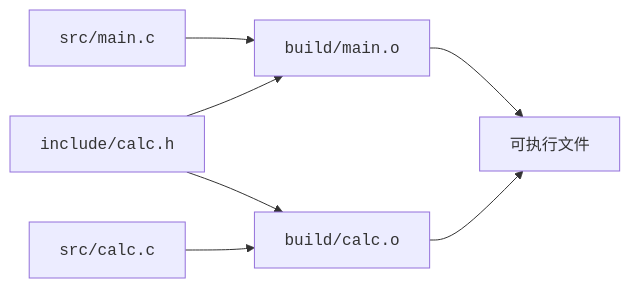
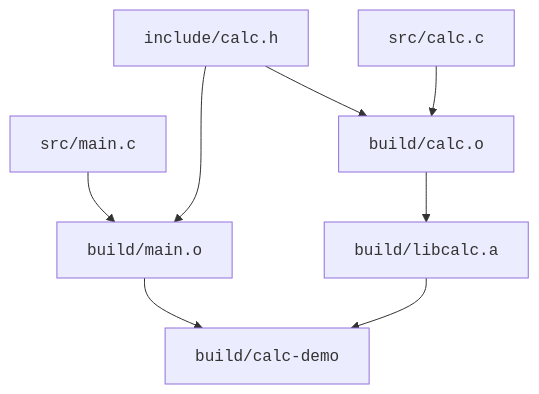
Before and after one commit to trident-rm/The-Book-of-EC: the diagram in src/nodes/engineering/c-cpp-toolchain/multi-file.md, drawn with Mermaid. The commit also changed other lines of this file and 2 other files, not shown here.

````diff
--- a/src/nodes/engineering/c-cpp-toolchain/multi-file.md
+++ b/src/nodes/engineering/c-cpp-toolchain/multi-file.md
@@ -95,9 +118,15 @@
 ```mermaid
-flowchart LR
+---
+config:
+  flowchart:
+    useMaxWidth: false
+---
+flowchart TB
     main["<code>src/main.c</code>"] --> maino["<code>build/main.o</code>"]
     header["<code>include/calc.h</code>"] --> maino
     header --> calco["<code>build/calc.o</code>"]
     calc["<code>src/calc.c</code>"] --> calco
-    maino --> app["可执行文件"]
-    calco --> app
+    maino --> app["<code>build/calc-demo</code>"]
+    calco --> lib["<code>build/libcalc.a</code>"]
+    lib --> app
 ```
````
